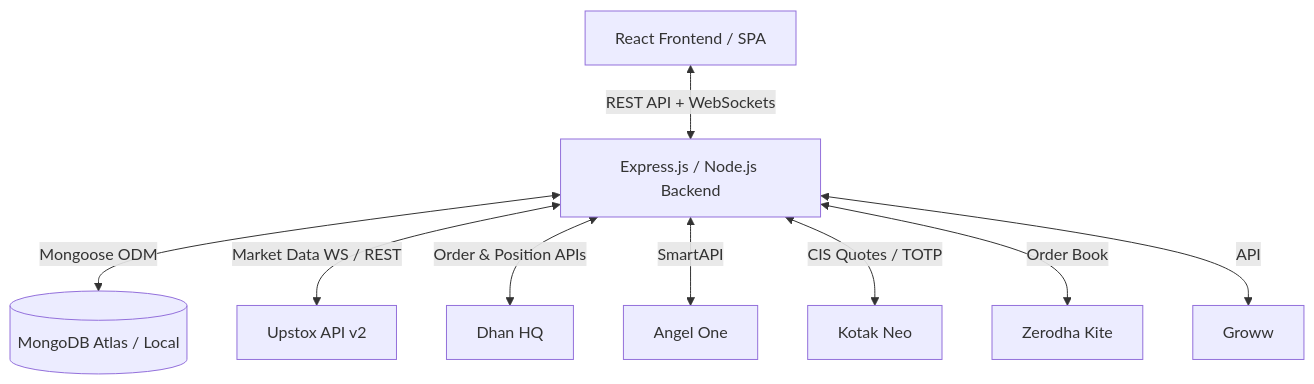
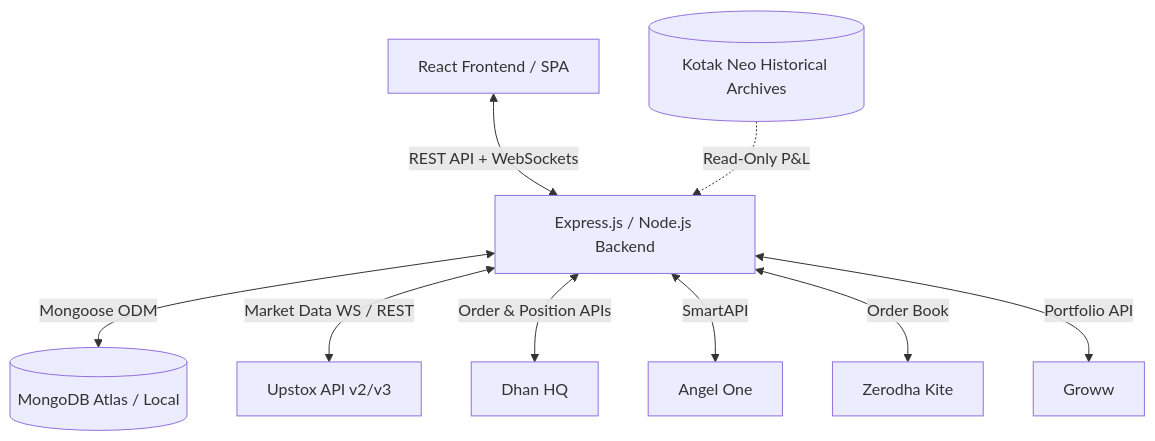
The diagram in README.md (TradeGuard-live/TradeGuard), drawn with Mermaid before and after one commit. The commit also changed other lines of this file and 11 other files, not shown here.

First line of the commit message:
fix: resolve CI failures, legacy decryption, and Upstox data regressions

````diff
--- a/README.md
+++ b/README.md
@@ -52,11 +53,11 @@
 ```mermaid
 graph TD
     Client[React Frontend / SPA] <-->|REST API + WebSockets| Server[Express.js / Node.js Backend]
     Server <-->|Mongoose ODM| DB[(MongoDB Atlas / Local)]
-    Server <-->|Market Data WS / REST| Upstox[Upstox API v2]
+    Server <-->|Market Data WS / REST| Upstox[Upstox API v2/v3]
     Server <-->|Order & Position APIs| Dhan[Dhan HQ]
     Server <-->|SmartAPI| AngelOne[Angel One]
-    Server <-->|CIS Quotes / TOTP| KotakNeo[Kotak Neo]
     Server <-->|Order Book| Zerodha[Zerodha Kite]
-    Server <-->|API| Groww[Groww]
+    Server <-->|Portfolio API| Groww[Groww]
+    KotakArchive[(Kotak Neo Historical Archives)] -.->|Read-Only P&L| Server
 ```
````
